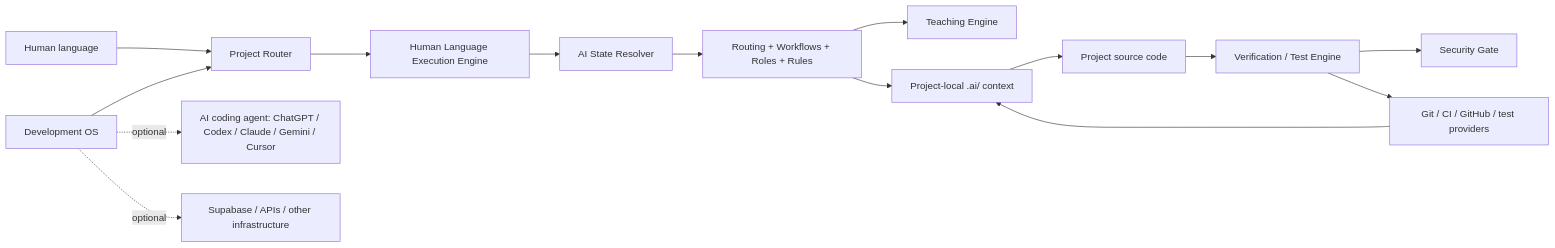
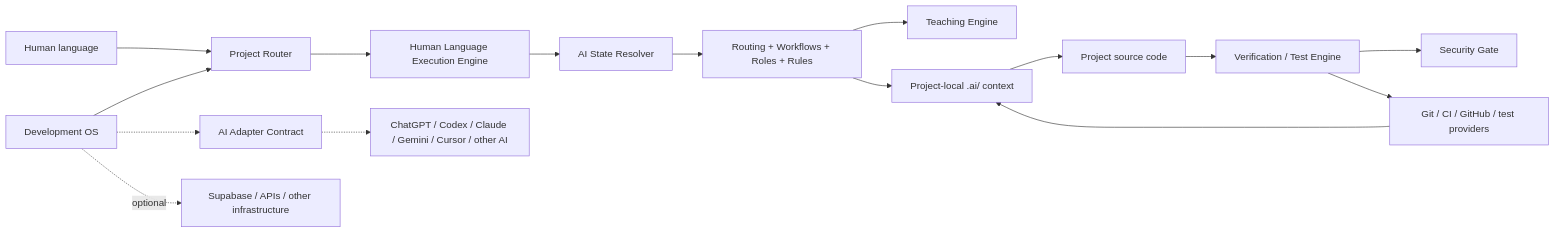
Before and after one commit to zzpsah/chatgpt-development-os: the second of 3 diagrams in docs/ARCHITECTURE.md, drawn with Mermaid. The commit also changed other lines of this file, not shown here.

Commit message:
docs: add multi-AI adapter architecture

````diff
--- a/docs/ARCHITECTURE.md
+++ b/docs/ARCHITECTURE.md
@@ -43,17 +43,18 @@
 ```mermaid
 flowchart LR
     H[Human language] --> R[Project Router]
     R --> E[Human Language Execution Engine]
     E --> SR[AI State Resolver]
     SR --> W[Routing + Workflows + Roles + Rules]
     W --> TE[Teaching Engine]
     W --> PM[Project-local .ai/ context]
     PM --> SRC[Project source code]
     SRC --> V[Verification / Test Engine]
     V --> SG[Security Gate]
     V --> GH[Git / CI / GitHub / test providers]
     GH --> PM
     OS[Development OS] --> R
-    OS -. optional .-> AI[AI coding agent: ChatGPT / Codex / Claude / Gemini / Cursor]
+    OS -.-> AD[AI Adapter Contract]
+    AD -.-> AI[ChatGPT / Codex / Claude / Gemini / Cursor / other AI]
     OS -. optional .-> DB[Supabase / APIs / other infrastructure]
 ```
````
